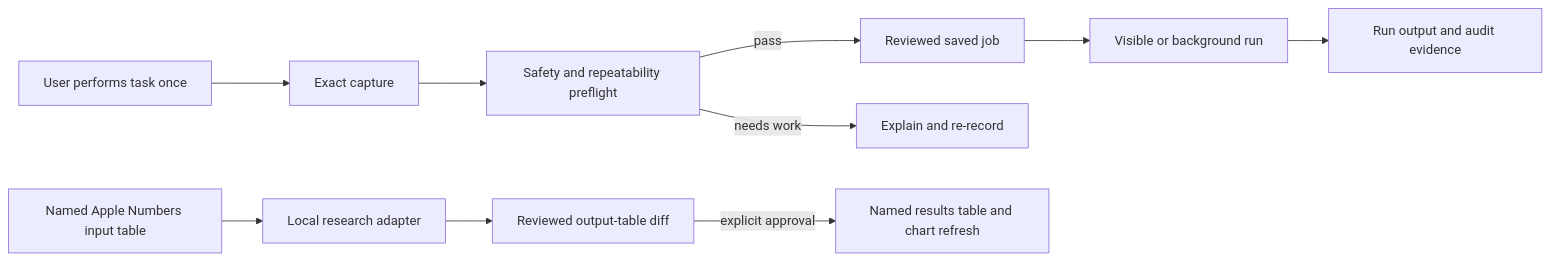
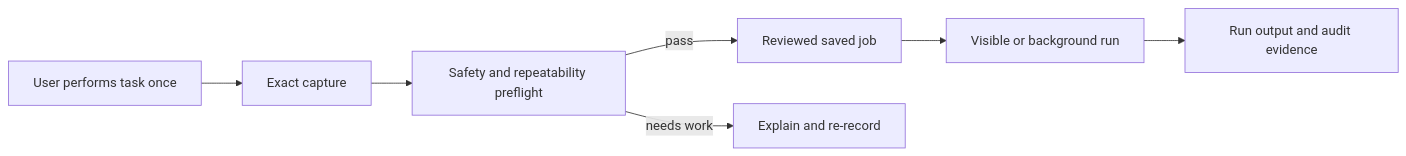
Before and after one commit to ThakurRanveerSingh/Chayya_OpenAIBuildWeek: the diagram in docs/PRODUCTIVITY_ITERATION_RELEASE.md, drawn with Mermaid. The commit also changed other lines of this file and 31 other files, not shown here.

````diff
--- a/docs/PRODUCTIVITY_ITERATION_RELEASE.md
+++ b/docs/PRODUCTIVITY_ITERATION_RELEASE.md
@@ -9,12 +9,9 @@
 ```mermaid
 flowchart LR
   U[User performs task once] --> C[Exact capture]
   C --> P[Safety and repeatability preflight]
   P -->|pass| J[Reviewed saved job]
   P -->|needs work| R[Explain and re-record]
   J --> V[Visible or background run]
   V --> E[Run output and audit evidence]
-  N[Named Apple Numbers input table] --> X[Local research adapter]
-  X --> D[Reviewed output-table diff]
-  D -->|explicit approval| O[Named results table and chart refresh]
 ```
````
